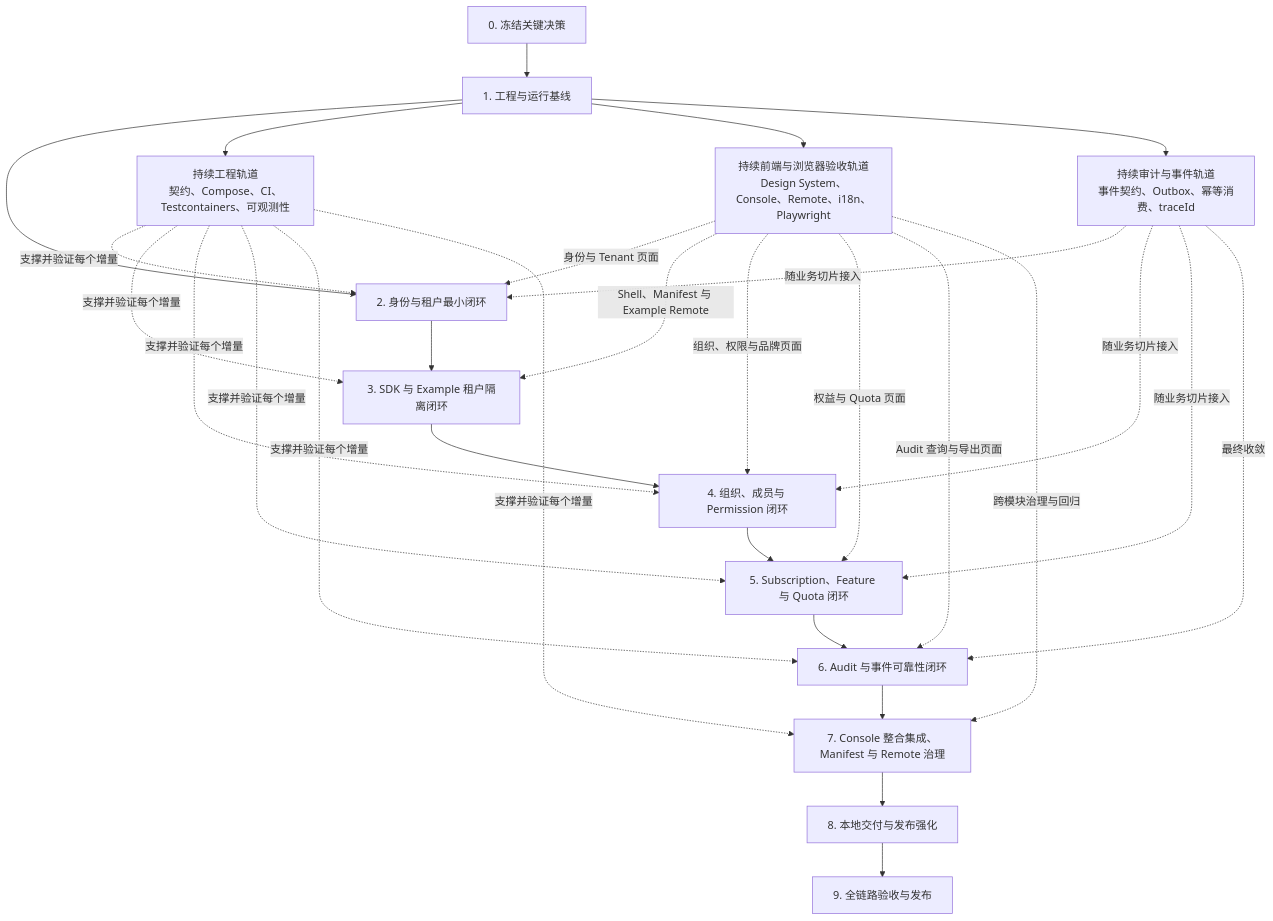
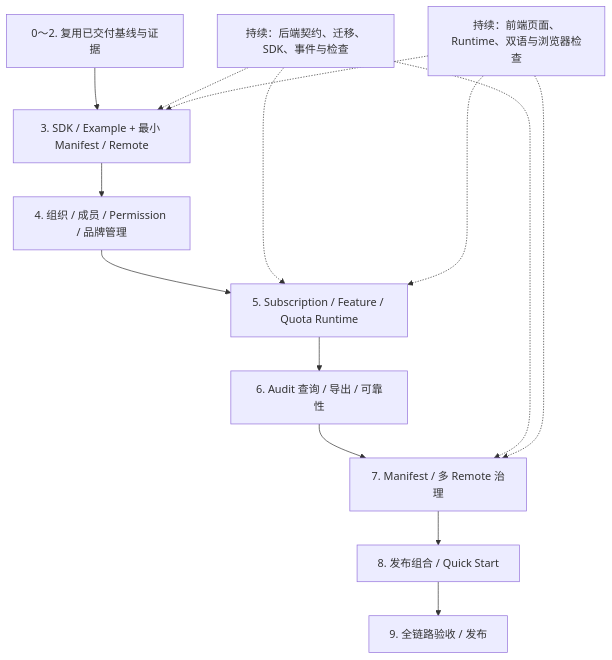
One commit to crane199709/saas-forge changed the diagram in docs/16-mvp-development-plan.md. Above: the diagram before and after it, drawn with Mermaid. The commit also changed other lines of this file, not shown here.

````diff
--- a/docs/16-mvp-development-plan.md
+++ b/docs/16-mvp-development-plan.md
@@ -40,34 +71,16 @@
 ```mermaid
 flowchart TD
-    D0["0. 冻结关键决策"] --> D1["1. 工程与运行基线"]
-    D1 --> D2["2. 身份与租户最小闭环"]
-    D2 --> D3["3. SDK 与 Example 租户隔离闭环"]
-    D3 --> D4["4. 组织、成员与 Permission 闭环"]
-    D4 --> D5["5. Subscription、Feature 与 Quota 闭环"]
-    D5 --> D6["6. Audit 与事件可靠性闭环"]
-    D6 --> D7["7. Console 整合集成、Manifest 与 Remote 治理"]
-    D7 --> D8["8. 本地交付与发布强化"]
-    D8 --> D9["9. 全链路验收与发布"]
-
-    D1 --> C["持续工程轨道<br/>契约、Compose、CI、Testcontainers、可观测性"]
-    C -. "支撑并验证每个增量" .-> D2
-    C -. "支撑并验证每个增量" .-> D3
-    C -. "支撑并验证每个增量" .-> D4
-    C -. "支撑并验证每个增量" .-> D5
-    C -. "支撑并验证每个增量" .-> D6
-    C -. "支撑并验证每个增量" .-> D7
-
-    D1 --> F["持续前端与浏览器验收轨道<br/>Design System、Console、Remote、i18n、Playwright"]
-    F -. "身份与 Tenant 页面" .-> D2
-    F -. "Shell、Manifest 与 Example Remote" .-> D3
-    F -. "组织、权限与品牌页面" .-> D4
-    F -. "权益与 Quota 页面" .-> D5
-    F -. "Audit 查询与导出页面" .-> D6
-    F -. "跨模块治理与回归" .-> D7
-
-    D1 --> A["持续审计与事件轨道<br/>事件契约、Outbox、幂等消费、traceId"]
-    A -. "随业务切片接入" .-> D2
-    A -. "随业务切片接入" .-> D4
-    A -. "随业务切片接入" .-> D5
-    A -. "最终收敛" .-> D6
+    B["0～2. 复用已交付基线与证据"] --> D3["3. SDK / Example + 最小 Manifest / Remote"]
+    D3 --> D4["4. 组织 / 成员 / Permission / 品牌管理"]
+    D4 --> D5["5. Subscription / Feature / Quota Runtime"]
+    D5 --> D6["6. Audit 查询 / 导出 / 可靠性"]
+    D6 --> D7["7. Manifest / 多 Remote 治理"]
+    D7 --> D8["8. 发布组合 / Quick Start"]
+    D8 --> D9["9. 全链路验收 / 发布"]
+    C["持续：后端契约、迁移、SDK、事件与检查"] -.-> D3
+    C -.-> D5
+    C -.-> D7
+    F["持续：前端页面、Runtime、双语与浏览器检查"] -.-> D3
+    F -.-> D5
+    F -.-> D7
 ```
````
